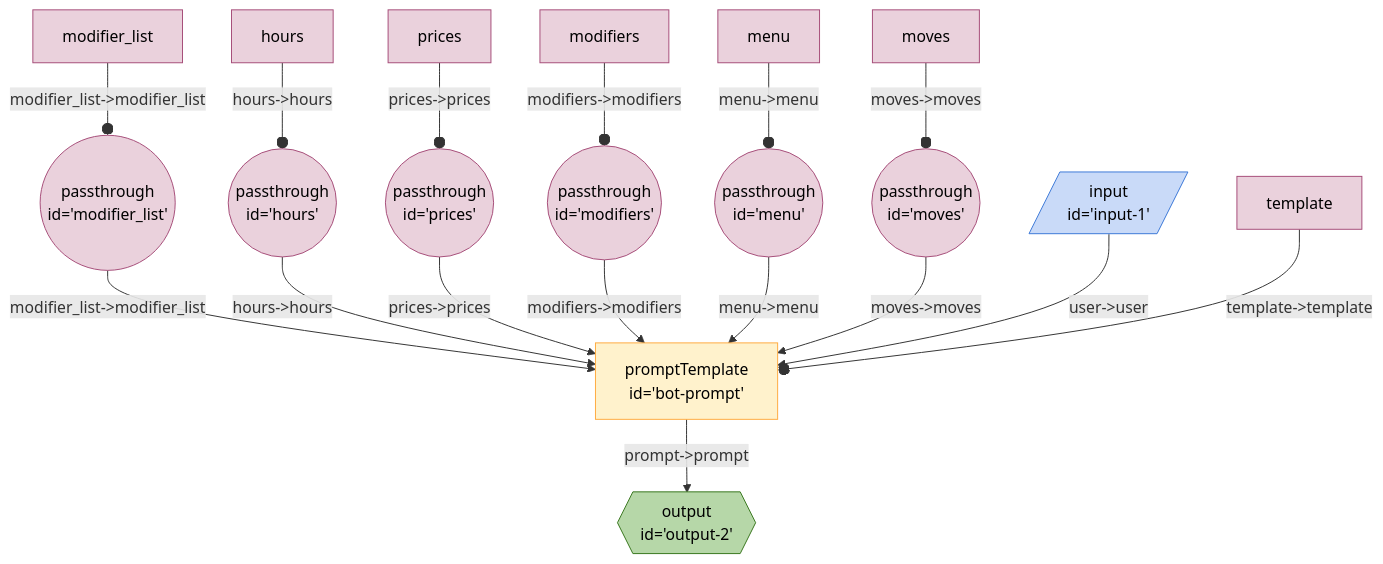
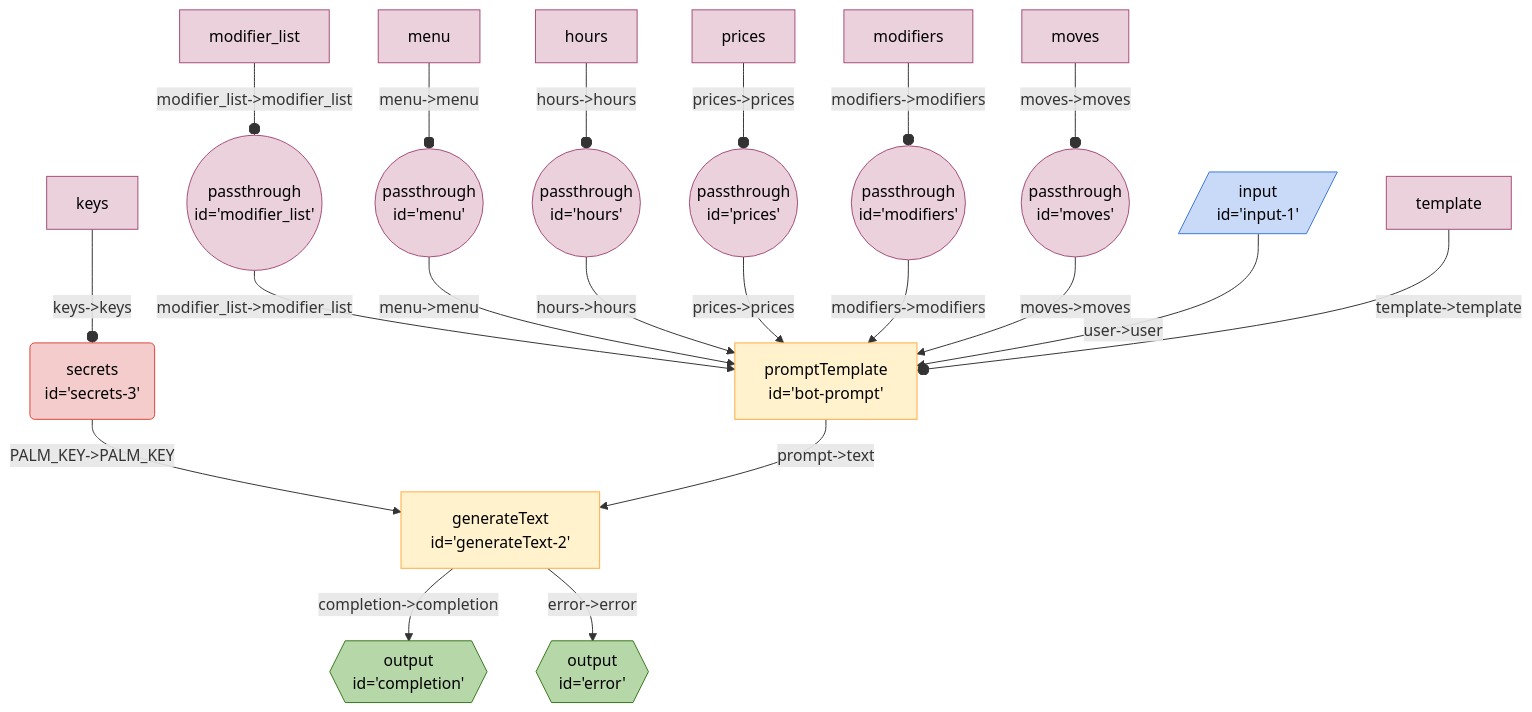
The diagram in seeds/coffe-bot-board/docs/coffee-bot.md (breadboard-ai/breadboard), drawn with Mermaid before and after one commit. The commit also changed 12 other files, not shown here.

First line of the commit message:
[llm-starter] Put `generateText` node on rails.

````diff
--- a/seeds/coffe-bot-board/docs/coffee-bot.md
+++ b/seeds/coffe-bot-board/docs/coffee-bot.md
@@ -3,27 +3,31 @@
 ```mermaid
 %%{init: 'themeVariables': { 'fontFamily': 'Fira Code, monospace' }}%%
 graph TD;
 modifier_list(("passthrough <br> id='modifier_list'")):::passthrough -- "modifier_list->modifier_list" --> botprompt["promptTemplate <br> id='bot-prompt'"]
+menu(("passthrough <br> id='menu'")):::passthrough -- "menu->menu" --> botprompt["promptTemplate <br> id='bot-prompt'"]
 hours(("passthrough <br> id='hours'")):::passthrough -- "hours->hours" --> botprompt["promptTemplate <br> id='bot-prompt'"]
 prices(("passthrough <br> id='prices'")):::passthrough -- "prices->prices" --> botprompt["promptTemplate <br> id='bot-prompt'"]
 modifiers(("passthrough <br> id='modifiers'")):::passthrough -- "modifiers->modifiers" --> botprompt["promptTemplate <br> id='bot-prompt'"]
-menu(("passthrough <br> id='menu'")):::passthrough -- "menu->menu" --> botprompt["promptTemplate <br> id='bot-prompt'"]
 moves(("passthrough <br> id='moves'")):::passthrough -- "moves->moves" --> botprompt["promptTemplate <br> id='bot-prompt'"]
-botprompt["promptTemplate <br> id='bot-prompt'"] -- "prompt->prompt" --> output2{{"output <br> id='output-2'"}}:::output
+generateText2["generateText <br> id='generateText-2'"] -- "completion->completion" --> completion{{"output <br> id='completion'"}}:::output
+generateText2["generateText <br> id='generateText-2'"] -- "error->error" --> error{{"output <br> id='error'"}}:::output
+secrets3("secrets <br> id='secrets-3'"):::secrets -- "PALM_KEY->PALM_KEY" --> generateText2["generateText <br> id='generateText-2'"]
+botprompt["promptTemplate <br> id='bot-prompt'"] -- "prompt->text" --> generateText2["generateText <br> id='generateText-2'"]
 input1[/"input <br> id='input-1'"/]:::input -- "user->user" --> botprompt["promptTemplate <br> id='bot-prompt'"]
 templatebotprompt[template]:::config -- "template->template" --o botprompt
 modifier_listmodifier_list[modifier_list]:::config -- "modifier_list->modifier_list" --o modifier_list
+menumenu[menu]:::config -- "menu->menu" --o menu
 hourshours[hours]:::config -- "hours->hours" --o hours
 pricesprices[prices]:::config -- "prices->prices" --o prices
 modifiersmodifiers[modifiers]:::config -- "modifiers->modifiers" --o modifiers
-menumenu[menu]:::config -- "menu->menu" --o menu
 movesmoves[moves]:::config -- "moves->moves" --o moves
+keyssecrets3[keys]:::config -- "keys->keys" --o secrets3
 classDef default stroke:#ffab40,fill:#fff2ccff,color:#000
 classDef input stroke:#3c78d8,fill:#c9daf8ff,color:#000
 classDef output stroke:#38761d,fill:#b6d7a8ff,color:#000
 classDef passthrough stroke:#a64d79,fill:#ead1dcff,color:#000
 classDef slot stroke:#a64d79,fill:#ead1dcff,color:#000
 classDef config stroke:#a64d79,fill:#ead1dcff,color:#000
 classDef secrets stroke:#db4437,fill:#f4cccc,color:#000
 classDef slotted stroke:#a64d79
 ```
````
